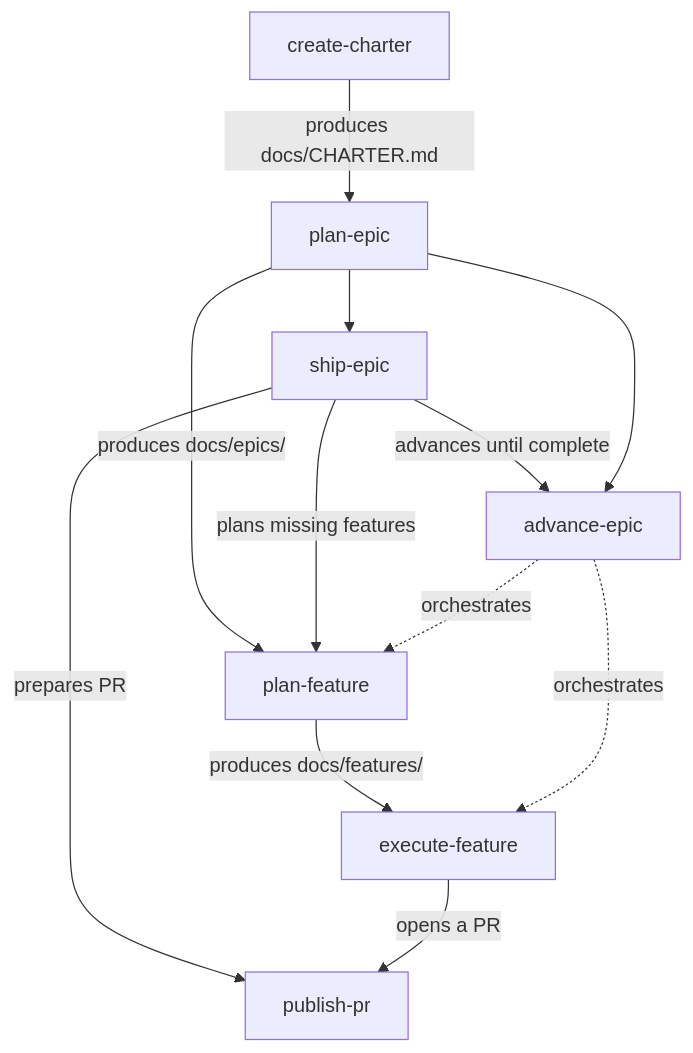
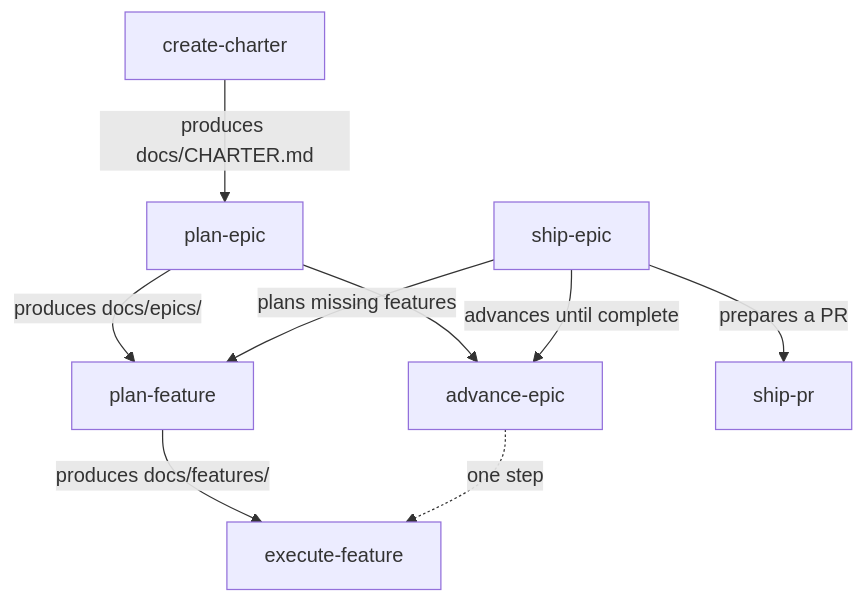
The second of 2 diagrams in README.md (pnewsam/skills), drawn with Mermaid before and after one commit. The commit also changed other lines of this file and 1 other file, not shown here.

````diff
--- a/README.md
+++ b/README.md
@@ -166,14 +191,11 @@
 ```mermaid
 flowchart TD
     CC[create-charter] -->|produces docs/CHARTER.md| PE[plan-epic]
     PE -->|produces docs/epics/| PF[plan-feature]
-    PE --> SP[ship-epic]
-    SP -->|plans missing features| PF
-    SP -->|advances until complete| AE
-    SP -->|prepares PR| PPR[publish-pr]
+    PE --> AE[advance-epic]
     PF -->|produces docs/features/| EF[execute-feature]
-    EF -->|opens a PR| PPR
-    PE --> AE[advance-epic]
-    AE -.->|orchestrates| PF
-    AE -.->|orchestrates| EF
+    SE[ship-epic] -->|plans missing features| PF
+    SE -->|advances until complete| AE
+    SE -->|prepares a PR| SP[ship-pr]
+    AE -.->|one step| EF
 ```
````
